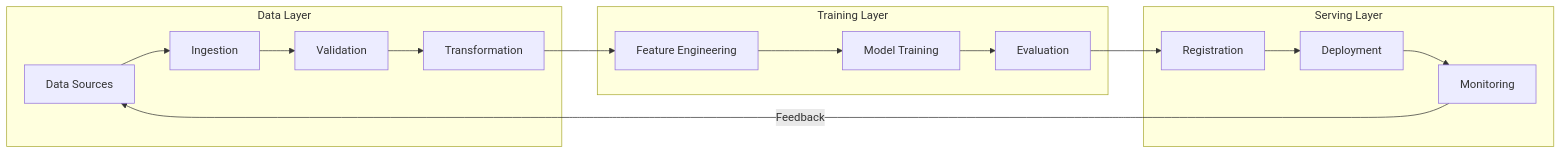
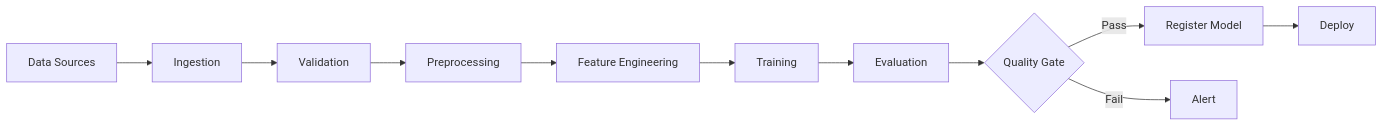
Before and after one commit to vanos001/placement_prep: the first of 2 diagrams in src/ml/system-design/pipeline.md, drawn with Mermaid. The commit also changed other lines of this file and 14 other files, not shown here.

````diff
--- a/src/ml/system-design/pipeline.md
+++ b/src/ml/system-design/pipeline.md
@@ -9,22 +9,13 @@
 ```mermaid
 graph LR
-    subgraph "Data Layer"
-        A[Data Sources] --> B[Ingestion]
-        B --> C[Validation]
-        C --> D[Transformation]
-    end
-    
-    subgraph "Training Layer"
-        D --> E[Feature Engineering]
-        E --> F[Model Training]
-        F --> G[Evaluation]
-    end
-    
-    subgraph "Serving Layer"
-        G --> H[Registration]
-        H --> I[Deployment]
-        I --> J[Monitoring]
-    end
-    
-    J -->|Feedback| A
+    A[Data Sources] --> B[Ingestion]
+    B --> C[Validation]
+    C --> D[Preprocessing]
+    D --> E[Feature Engineering]
+    E --> F[Training]
+    F --> G[Evaluation]
+    G --> H{Quality Gate}
+    H -->|Pass| I[Register Model]
+    H -->|Fail| J[Alert]
+    I --> K[Deploy]
 ```
````
